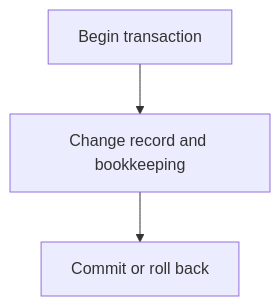
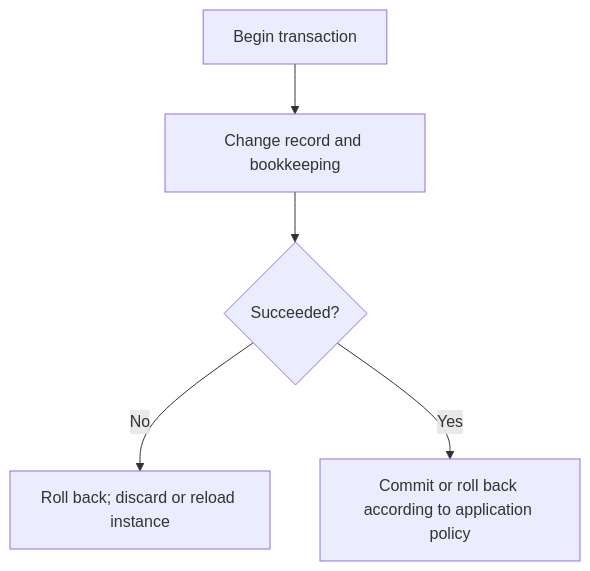
One commit to Kevinjohn/oss-adonisjs-lucid-soft-delete changed the first of 2 diagrams in user-stories/integration/us-app-11-transaction.md. Above: the diagram before and after it, drawn with Mermaid. The commit also changed other lines of this file and 22 other files, not shown here.

Commit message:
docs: verify user story paths and Mermaid flows against implementation

````diff
--- a/user-stories/integration/us-app-11-transaction.md
+++ b/user-stories/integration/us-app-11-transaction.md
@@ -19,4 +19,6 @@
 ```mermaid
 flowchart TD
-    A["Begin transaction"] --> B["Change record and bookkeeping"] --> C["Commit or roll back"]
+    A["Begin transaction"] --> B["Change record and bookkeeping"] --> C{"Succeeded?"}
+    C -->|No| D["Roll back; discard or reload instance"]
+    C -->|Yes| E["Commit or roll back according to application policy"]
 ```
````
